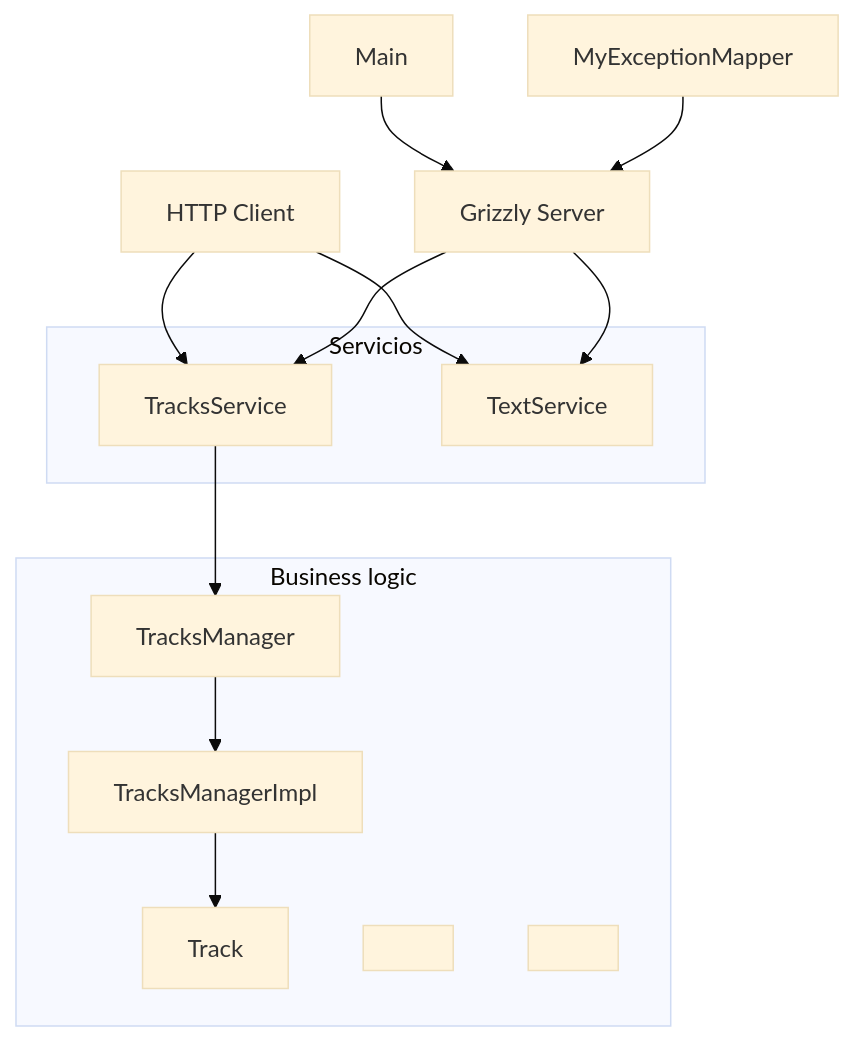
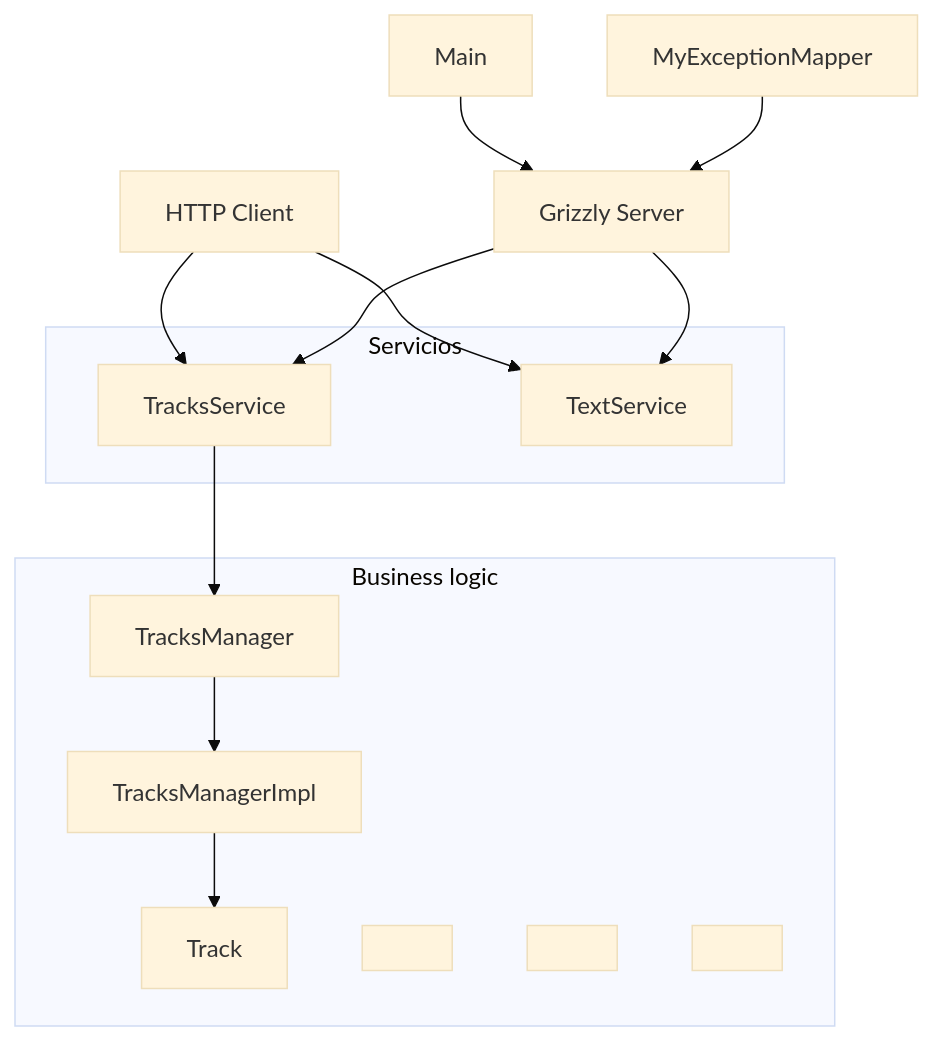
The second of 2 diagrams in README.md (EETAC-ENTEL-DSA/rest-example), drawn with Mermaid (base theme) before and after one commit.

Commit message:
Improvements to the diagram

````diff
--- a/README.md
+++ b/README.md
@@ -19,24 +19,25 @@
 ```mermaid
 graph TD
     subgraph Servicios
         B[TracksService]
         C[TextService]
     end
     subgraph Business logic
         B
         I[TracksManager]
         D[TracksManagerImpl]
         E[Track]
         Dummy1[ ]
         Dummy2[ ]
+        Dummy3[ ]
     end
     A[HTTP Client] --> B
     A --> C
     B --> I
     I --> D
     D --> E
     F[Main] --> G[Grizzly Server]
     G --> B
     G --> C
     H[MyExceptionMapper] --> G
 ```
````
